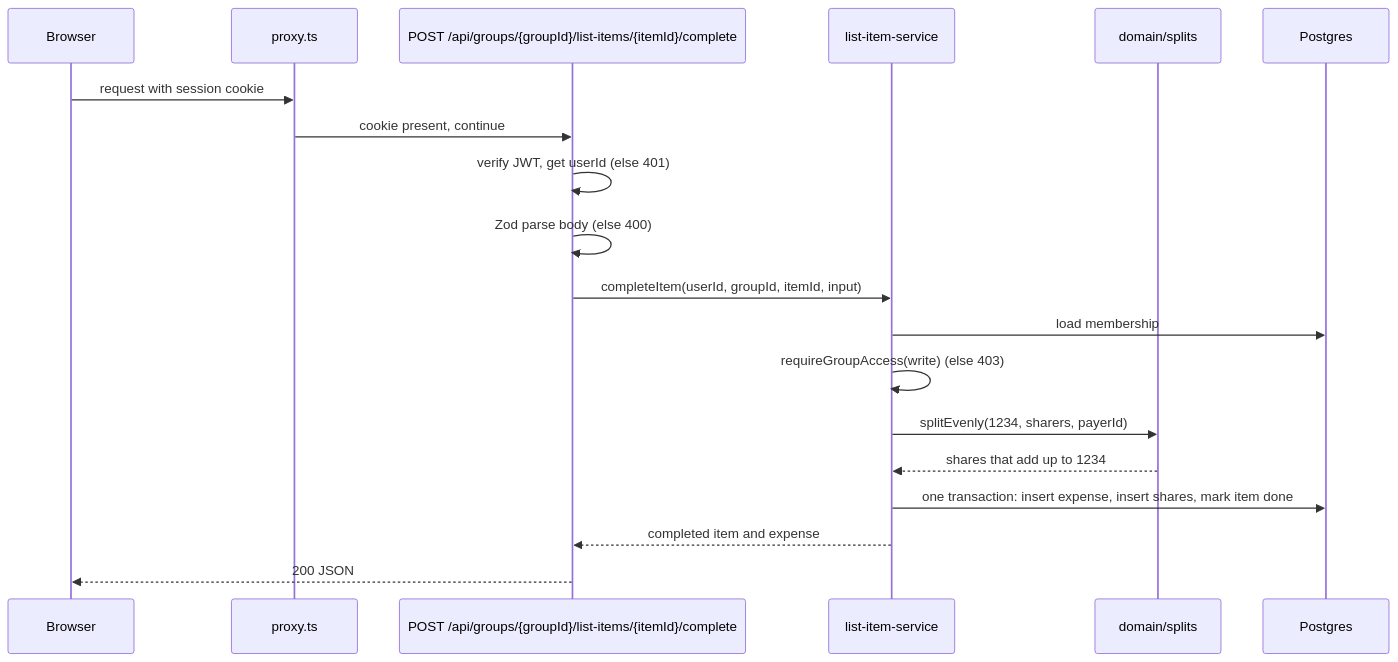
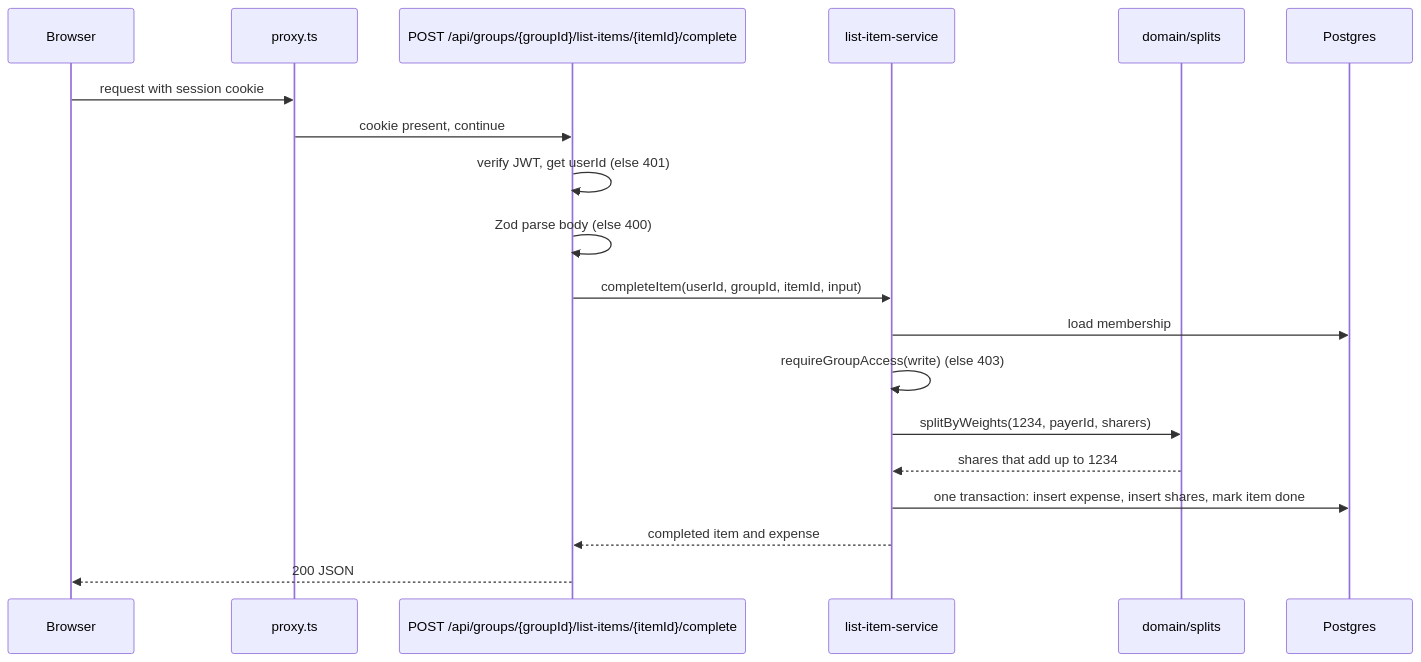
The third of 5 diagrams in docs/architecture.md (blouyakis/cs6983-project-2), drawn with Mermaid before and after one commit. The commit also changed other lines of this file and 1 other file, not shown here.

Commit message:
docs: say a group's ratio reaches an expense through SplitEditor (#8)
AGENTS.md 6.3 and architecture.md said new expenses split by the group's
weights, which read as if the server applied them. It doesn't: even mode
is always 1:1, and SplitEditor opens on Custom amounts filled in from the
weights when they differ. Also fix the stale splitEvenly call in the
architecture.md sequence diagram; the function is splitByWeights(amountCents,
payerId, sharers). From the review of #55.

````diff
--- a/docs/architecture.md
+++ b/docs/architecture.md
@@ -67,22 +67,22 @@
 ```mermaid
 sequenceDiagram
   participant B as Browser
   participant P as proxy.ts
   participant R as POST /api/groups/{groupId}/list-items/{itemId}/complete
   participant S as list-item-service
   participant D as domain/splits
   participant DB as Postgres
 
   B->>P: request with session cookie
   P->>R: cookie present, continue
   R->>R: verify JWT, get userId (else 401)
   R->>R: Zod parse body (else 400)
   R->>S: completeItem(userId, groupId, itemId, input)
   S->>DB: load membership
   S->>S: requireGroupAccess(write) (else 403)
-  S->>D: splitEvenly(1234, sharers, payerId)
+  S->>D: splitByWeights(1234, payerId, sharers)
   D-->>S: shares that add up to 1234
   S->>DB: one transaction: insert expense, insert shares, mark item done
   S-->>R: completed item and expense
   R-->>B: 200 JSON
 ```
````
